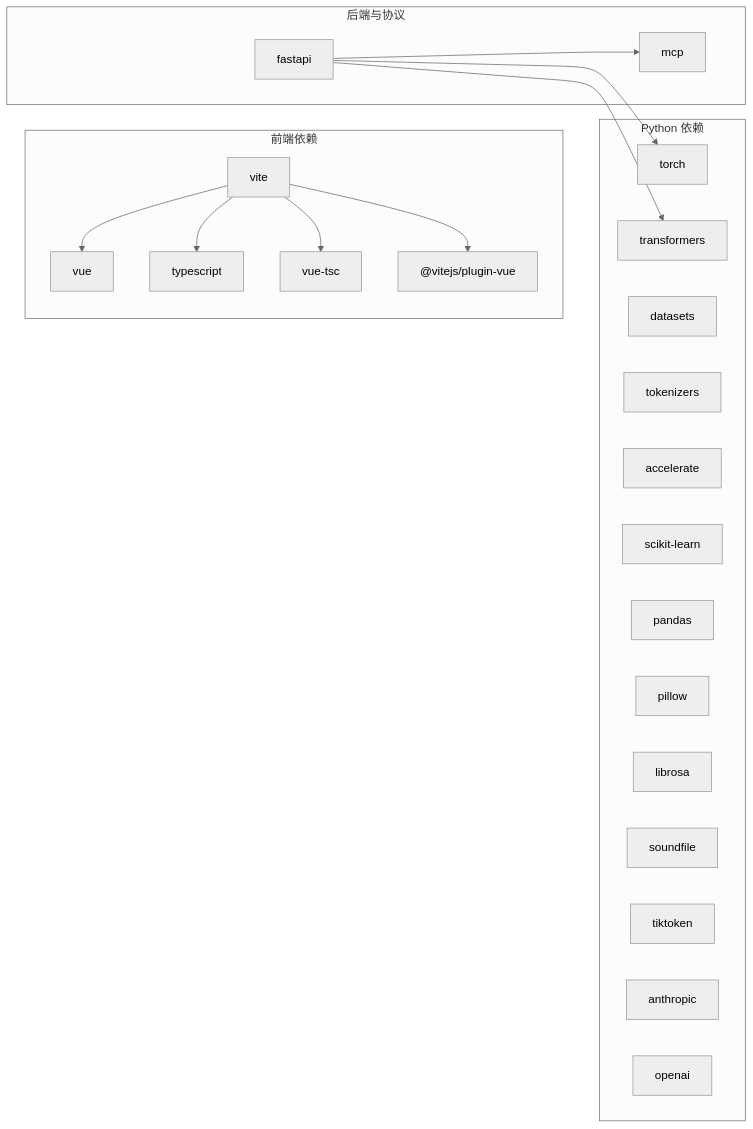
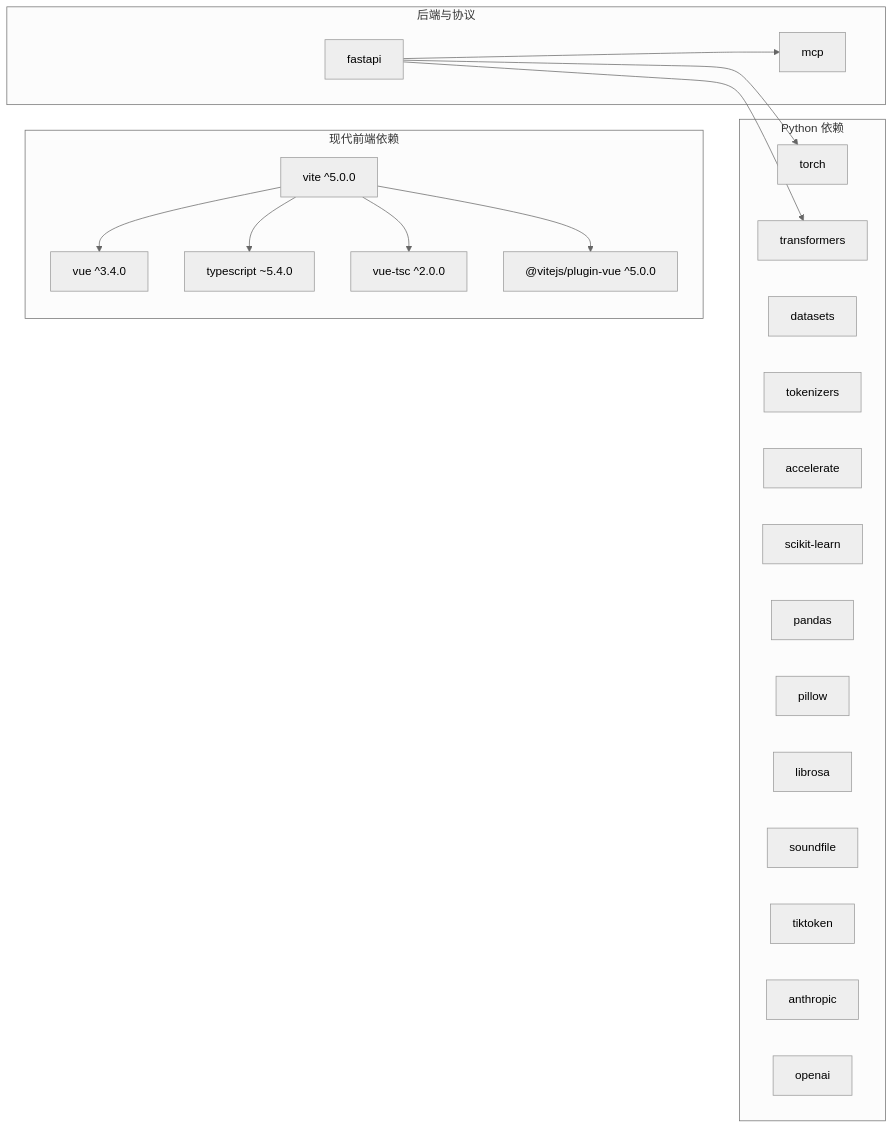
One commit to king-l6/agent_application_development changed the seventh of 7 diagrams in .qoder/repowiki/zh/content/项目概述/技术栈与工具.md. Above: the diagram before and after it, drawn with Mermaid (neutral theme). The commit also changed other lines of this file and 425 other files, not shown here.

````diff
--- a/.qoder/repowiki/zh/content/项目概述/技术栈与工具.md
+++ b/.qoder/repowiki/zh/content/项目概述/技术栈与工具.md
@@ -270,36 +363,36 @@
 ```mermaid
 graph LR
 subgraph "Python 依赖"
 PT["torch"]
 TR["transformers"]
 DS["datasets"]
 TK["tokenizers"]
 AC["accelerate"]
 SK["scikit-learn"]
 PD["pandas"]
 PL["pillow"]
 LR["librosa"]
 SF["soundfile"]
 TT["tiktoken"]
 AN["anthropic"]
 OA["openai"]
 end
-subgraph "前端依赖"
-VUE["vue"]
-VITE["vite"]
-TS["typescript"]
-TSC["vue-tsc"]
-PLG["@vitejs/plugin-vue"]
+subgraph "现代前端依赖"
+VUE["vue ^3.4.0"]
+VITE["vite ^5.0.0"]
+TS["typescript ~5.4.0"]
+TSC["vue-tsc ^2.0.0"]
+PLG["@vitejs/plugin-vue ^5.0.0"]
 end
 subgraph "后端与协议"
 FA["fastapi"]
 MCP["mcp"]
 end
 FA --> PT
 FA --> TR
 FA --> MCP
 VITE --> VUE
 VITE --> TS
 VITE --> TSC
 VITE --> PLG
 ```
````
